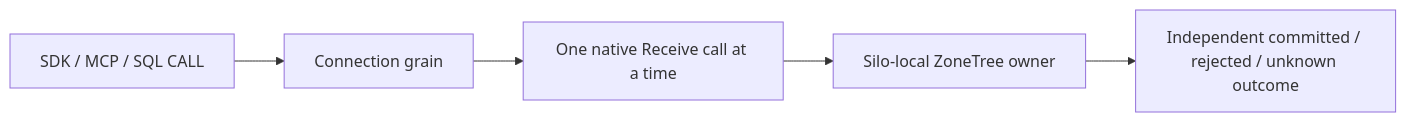
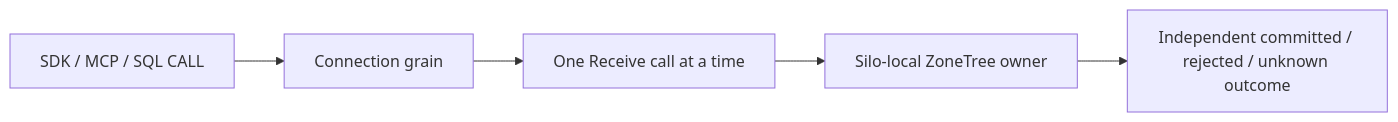
The second of 2 diagrams in docs/ADR/ADR-026-fenced-delivery-inbox.md (managedcode/KeyLoad), drawn with Mermaid before and after one commit. The commit also changed other lines of this file and 9016 other files, not shown here.

````diff
--- a/docs/ADR/ADR-026-fenced-delivery-inbox.md
+++ b/docs/ADR/ADR-026-fenced-delivery-inbox.md
@@ -59,7 +59,7 @@
 ```mermaid
 flowchart LR
   API[SDK / MCP / SQL CALL] --> Parent[Connection grain]
-  Parent --> Child[One native Receive call at a time]
+  Parent --> Child[One Receive call at a time]
   Child --> Owner[Silo-local ZoneTree owner]
   Owner --> Outcome[Independent committed / rejected / unknown outcome]
 ```
````
